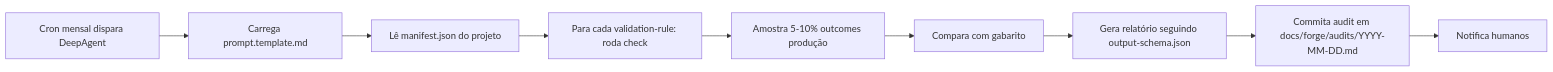
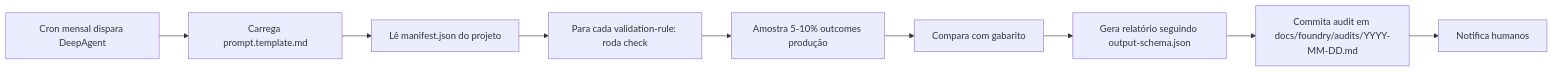
One commit to rafaelnovaes22/agent-governance-framework changed the second of 3 diagrams in ARCHITECTURE.md. Above: the diagram before and after it, drawn with Mermaid. The commit also changed other lines of this file and 242 other files, not shown here.

First line of the commit message:
Rebrand: Acme -> Novais Digital, Forge -> Foundry

````diff
--- a/ARCHITECTURE.md
+++ b/ARCHITECTURE.md
@@ -65,11 +65,11 @@
 ```mermaid
 graph LR
     A[Cron mensal dispara DeepAgent] --> B[Carrega prompt.template.md]
     B --> C[Lê manifest.json do projeto]
     C --> D[Para cada validation-rule: roda check]
     D --> E[Amostra 5-10% outcomes produção]
     E --> F[Compara com gabarito]
     F --> G[Gera relatório seguindo output-schema.json]
-    G --> H[Commita audit em docs/forge/audits/YYYY-MM-DD.md]
+    G --> H[Commita audit em docs/foundry/audits/YYYY-MM-DD.md]
     H --> I[Notifica humanos]
 ```
````
